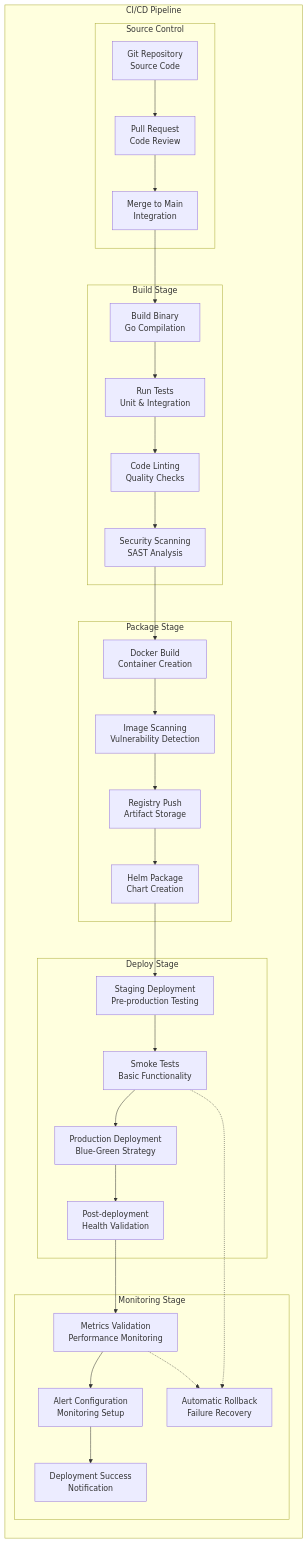
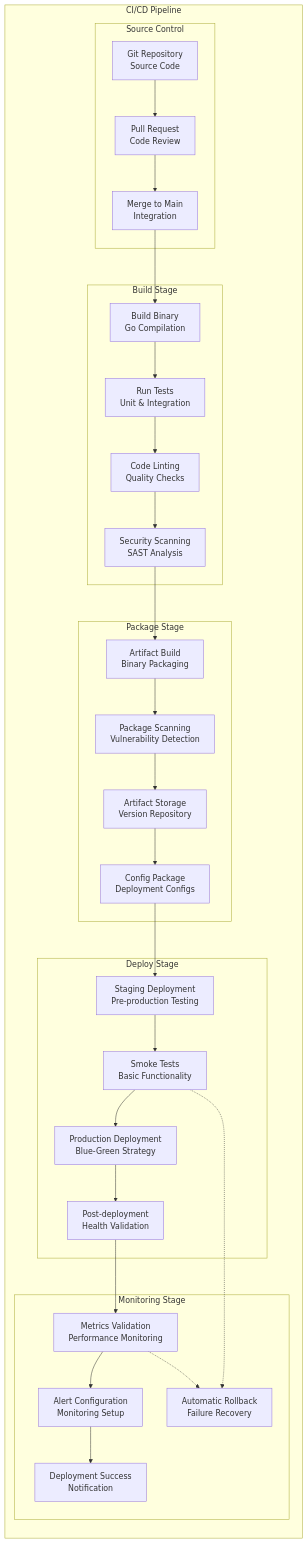
Before and after one commit to Vishwa0220/securaa-internal-documents: diagram 15 of 17 in ZONA_USER_LLD.md, drawn with Mermaid. The commit also changed other lines of this file and 1 other file, not shown here.

````diff
--- a/ZONA_USER_LLD.md
+++ b/ZONA_USER_LLD.md
@@ -1370,65 +1470,65 @@
 ```mermaid
 graph LR
     subgraph "CI/CD Pipeline"
         subgraph "Source Control"
             GIT[Git Repository<br/>Source Code]
             PR[Pull Request<br/>Code Review]
             MERGE[Merge to Main<br/>Integration]
         end
         
         subgraph "Build Stage"
             BUILD[Build Binary<br/>Go Compilation]
             TEST[Run Tests<br/>Unit & Integration]
             LINT[Code Linting<br/>Quality Checks]
             SECURITY_SCAN[Security Scanning<br/>SAST Analysis]
         end
         
         subgraph "Package Stage"
-            DOCKER_BUILD[Docker Build<br/>Container Creation]
-            IMAGE_SCAN[Image Scanning<br/>Vulnerability Detection]
-            REGISTRY_PUSH[Registry Push<br/>Artifact Storage]
-            HELM_PACKAGE[Helm Package<br/>Chart Creation]
+            ARTIFACT_BUILD[Artifact Build<br/>Binary Packaging]
+            SECURITY_SCAN_PKG[Package Scanning<br/>Vulnerability Detection]
+            ARTIFACT_STORE[Artifact Storage<br/>Version Repository]
+            CONFIG_PACKAGE[Config Package<br/>Deployment Configs]
         end
         
         subgraph "Deploy Stage"
             STAGING_DEPLOY[Staging Deployment<br/>Pre-production Testing]
             SMOKE_TESTS[Smoke Tests<br/>Basic Functionality]
             PROD_DEPLOY[Production Deployment<br/>Blue-Green Strategy]
             POST_DEPLOY[Post-deployment<br/>Health Validation]
         end
         
         subgraph "Monitoring Stage"
             METRICS_CHECK[Metrics Validation<br/>Performance Monitoring]
             ALERT_CONFIG[Alert Configuration<br/>Monitoring Setup]
             ROLLBACK[Automatic Rollback<br/>Failure Recovery]
             SUCCESS[Deployment Success<br/>Notification]
         end
     end
     
     %% Pipeline Flow
     GIT --> PR
     PR --> MERGE
     MERGE --> BUILD
     
     BUILD --> TEST
     TEST --> LINT
     LINT --> SECURITY_SCAN
     
-    SECURITY_SCAN --> DOCKER_BUILD
-    DOCKER_BUILD --> IMAGE_SCAN
-    IMAGE_SCAN --> REGISTRY_PUSH
-    REGISTRY_PUSH --> HELM_PACKAGE
+    SECURITY_SCAN --> ARTIFACT_BUILD
+    ARTIFACT_BUILD --> SECURITY_SCAN_PKG
+    SECURITY_SCAN_PKG --> ARTIFACT_STORE
+    ARTIFACT_STORE --> CONFIG_PACKAGE
     
-    HELM_PACKAGE --> STAGING_DEPLOY
+    CONFIG_PACKAGE --> STAGING_DEPLOY
     STAGING_DEPLOY --> SMOKE_TESTS
     SMOKE_TESTS --> PROD_DEPLOY
     PROD_DEPLOY --> POST_DEPLOY
     
     POST_DEPLOY --> METRICS_CHECK
     METRICS_CHECK --> ALERT_CONFIG
     ALERT_CONFIG --> SUCCESS
     
     %% Failure Paths
     SMOKE_TESTS -.-> ROLLBACK
     METRICS_CHECK -.-> ROLLBACK
 ```
````
